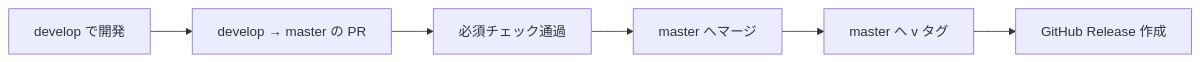
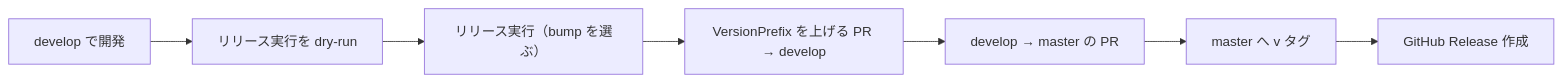
Before and after one commit to vehiclevisionjp/VehicleVision.PleasanterTools.Questionnaire: the first of 2 diagrams in _documents/リリース手順書.md, drawn with Mermaid. The commit also changed other lines of this file and 4 other files, not shown here.

````diff
--- a/_documents/リリース手順書.md
+++ b/_documents/リリース手順書.md
@@ -29,8 +33,9 @@
 ```mermaid
 flowchart LR
-    A["develop で開発"] --> B["develop → master の PR"]
-    B --> C["必須チェック通過"]
-    C --> D["master へマージ"]
-    D --> E["master へ v タグ"]
-    E --> F["GitHub Release 作成"]
+    A["develop で開発"] --> B["リリース実行を dry-run"]
+    B --> C["リリース実行（bump を選ぶ）"]
+    C --> D["VersionPrefix を上げる PR → develop"]
+    D --> E["develop → master の PR"]
+    E --> F["master へ v タグ"]
+    F --> G["GitHub Release 作成"]
 ```
````
